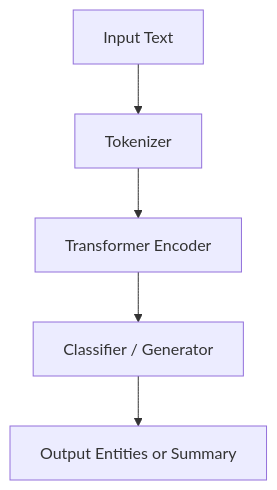
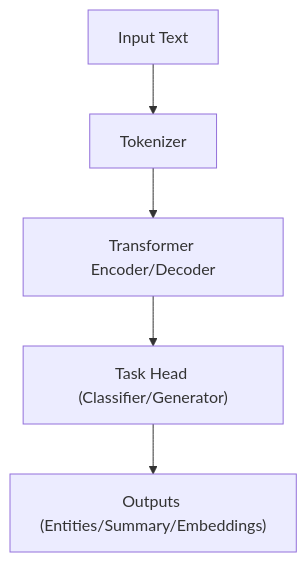
Before and after one commit to bartytime4life/Kansas-Frontier-Matrix: the diagram in docs/templates/model_card.md, drawn with Mermaid. The commit also changed other lines of this file, not shown here.

````diff
--- a/docs/templates/model_card.md
+++ b/docs/templates/model_card.md
@@ -107,7 +110,7 @@
 ```mermaid
 flowchart TD
-A["Input Text"] --> B["Tokenizer"]
-B --> C["Transformer Encoder"]
-C --> D["Classifier / Generator"]
-D --> E["Output Entities or Summary"]
+    A["Input Text"] --> B["Tokenizer"]
+    B["Tokenizer"] --> C["Transformer Encoder/Decoder"]
+    C["Transformer Encoder/Decoder"] --> D["Task Head (Classifier/Generator)"]
+    D["Task Head (Classifier/Generator)"] --> E["Outputs (Entities/Summary/Embeddings)"]
 ```
````
